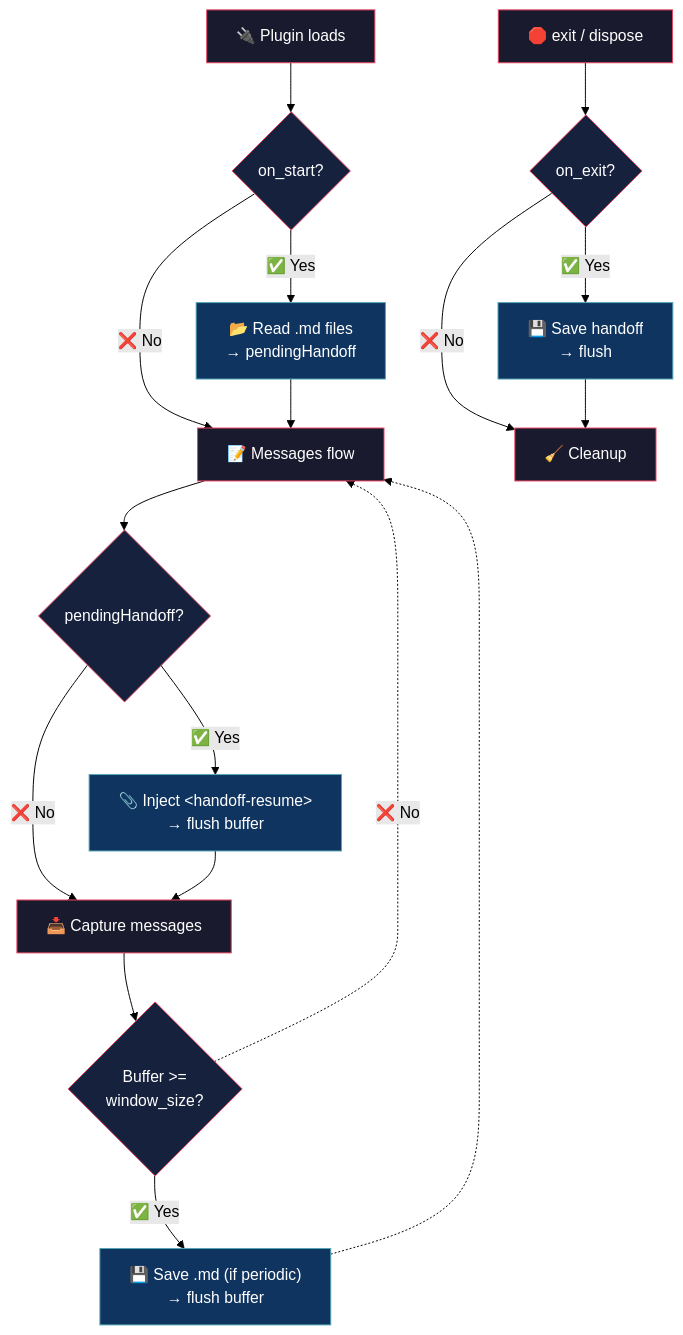
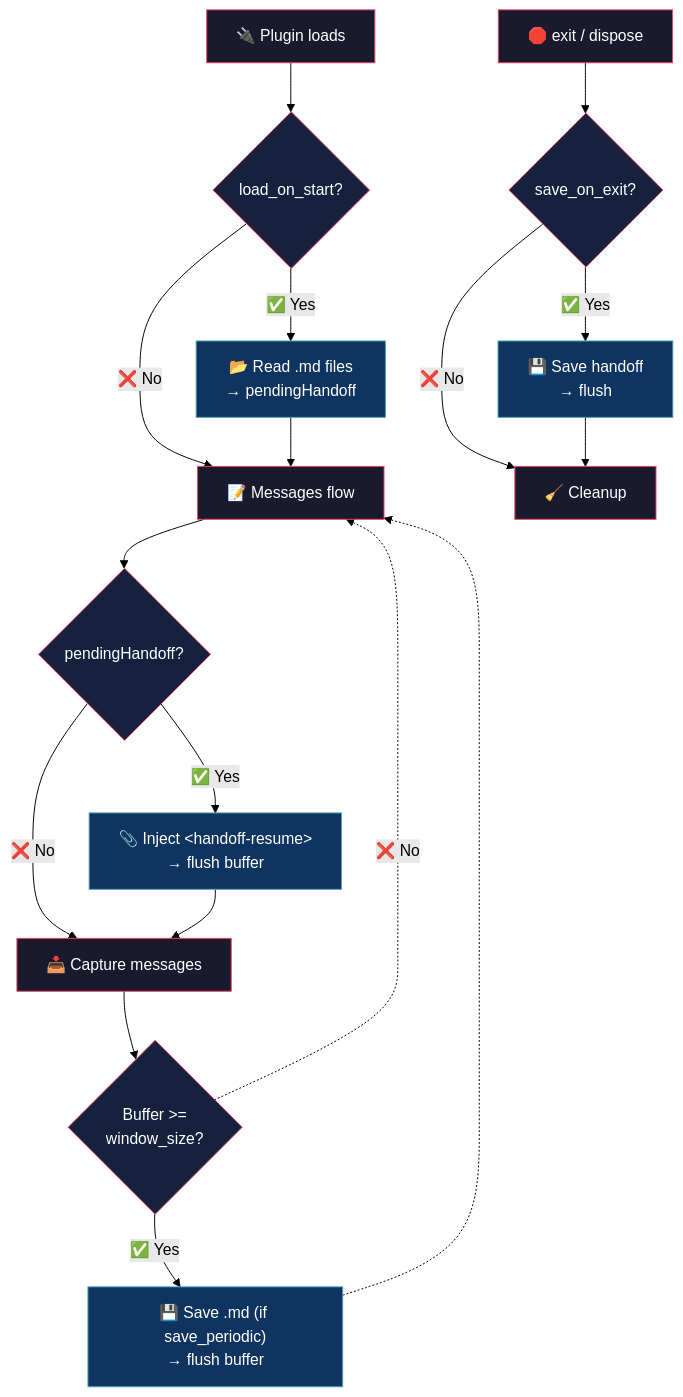
One commit to alejo54dev/opencode-auto-handoff changed the diagram in README.md. Above: the diagram before and after it, drawn with Mermaid (forest theme). The commit also changed other lines of this file and 2 other files, not shown here.

Commit message:
chore: v1.1.23 — config params renamed (on_start→load_on_start, on_exit→save_on_exit, periodic→save_periodic); docs mirror jsonc verbatim

````diff
--- a/README.md
+++ b/README.md
@@ -35,38 +35,38 @@
 ```mermaid
 flowchart TD
     A["🔌 Plugin loads"]
-    A --> B{"on_start?"}
+    A --> B{"load_on_start?"}
     B -->|"✅ Yes"| C["📂 Read .md files<br/>→ pendingHandoff"]
     B -->|"❌ No"| D["📝 Messages flow"]
     C --> D
 
     D --> E{"pendingHandoff?"}
     E -->|"✅ Yes"| F["📎 Inject &lt;handoff-resume&gt;<br/>→ flush buffer"]
     E -->|"❌ No"| G["📥 Capture messages"]
     F --> G
 
     G --> H{"Buffer >=<br/>window_size?"}
-    H -->|"✅ Yes"| I["💾 Save .md (if periodic)<br/>→ flush buffer"]
+    H -->|"✅ Yes"| I["💾 Save .md (if save_periodic)<br/>→ flush buffer"]
     H -.->|"❌ No"| D
     I -.-> D
 
     J["🛑 exit / dispose"]
-    J --> K{"on_exit?"}
+    J --> K{"save_on_exit?"}
     K -->|"✅ Yes"| L["💾 Save handoff<br/>→ flush"]
     K -->|"❌ No"| M["🧹 Cleanup"]
     L --> M
 
     style A fill:#1a1a2e,stroke:#e94560,color:#fff
     style B fill:#16213e,stroke:#e94560,color:#fff
     style C fill:#0f3460,stroke:#53a8b6,color:#fff
     style D fill:#1a1a2e,stroke:#e94560,color:#fff
     style E fill:#16213e,stroke:#e94560,color:#fff
     style F fill:#0f3460,stroke:#53a8b6,color:#fff
     style G fill:#1a1a2e,stroke:#e94560,color:#fff
     style H fill:#16213e,stroke:#e94560,color:#fff
     style I fill:#0f3460,stroke:#53a8b6,color:#fff
     style J fill:#1a1a2e,stroke:#e94560,color:#fff
     style K fill:#16213e,stroke:#e94560,color:#fff
     style L fill:#0f3460,stroke:#53a8b6,color:#fff
     style M fill:#1a1a2e,stroke:#e94560,color:#fff
 ```
````
